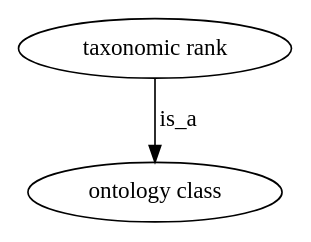
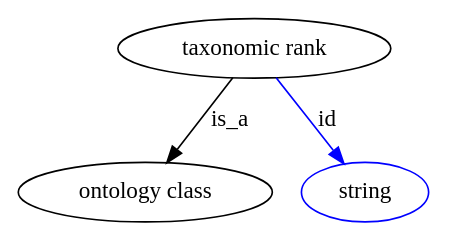
The diagram in graphviz/taxonomic_rank.gv (biolink/biolink-model), drawn with Graphviz before and after one commit. The commit also changed 240 other files, not shown here.

```diff
--- a/graphviz/taxonomic_rank.gv
+++ b/graphviz/taxonomic_rank.gv
@@ -1,14 +1,24 @@
 digraph {
-	graph [bb="0,0,165.09,123"];
+	graph [bb="0,0,248.04,123"];
 	node [label="\N"];
 	"taxonomic rank"	[height=0.5,
 		label="taxonomic rank",
-		pos="82.543,105",
+		pos="142.69,105",
 		width=2.2929];
 	"ontology class"	[height=0.5,
-		pos="82.543,18",
+		pos="76.693,18",
 		width=2.1304];
 	"taxonomic rank" -> "ontology class"	[label=is_a,
-		lp="96.543,61.5",
-		pos="e,82.543,36.175 82.543,86.799 82.543,75.163 82.543,59.548 82.543,46.237"];
+		lp="127.69,61.5",
+		pos="e,89.706,35.758 129.65,87.207 120.07,74.866 106.89,57.894 96.08,43.967"];
+	id	[color=blue,
+		height=0.5,
+		label=string,
+		pos="209.69,18",
+		width=1.0652];
+	"taxonomic rank" -> id	[color=blue,
+		label=id,
+		lp="186.69,61.5",
+		pos="e,196.94,35.182 155.93,87.207 165.78,74.706 179.38,57.452 190.44,43.426",
+		style=solid];
 }
```
